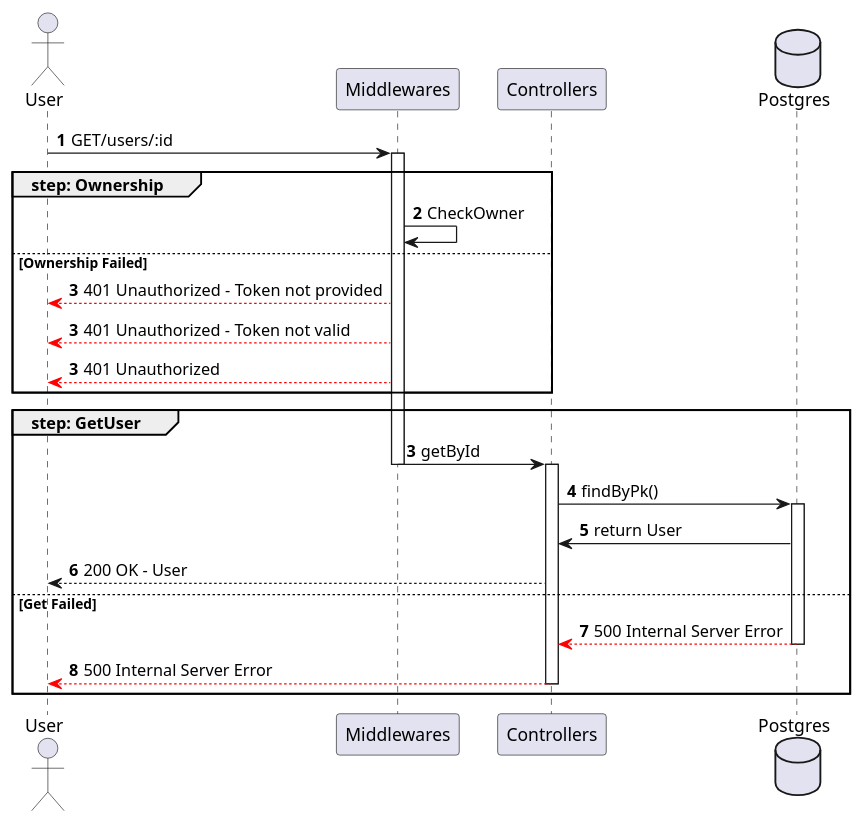
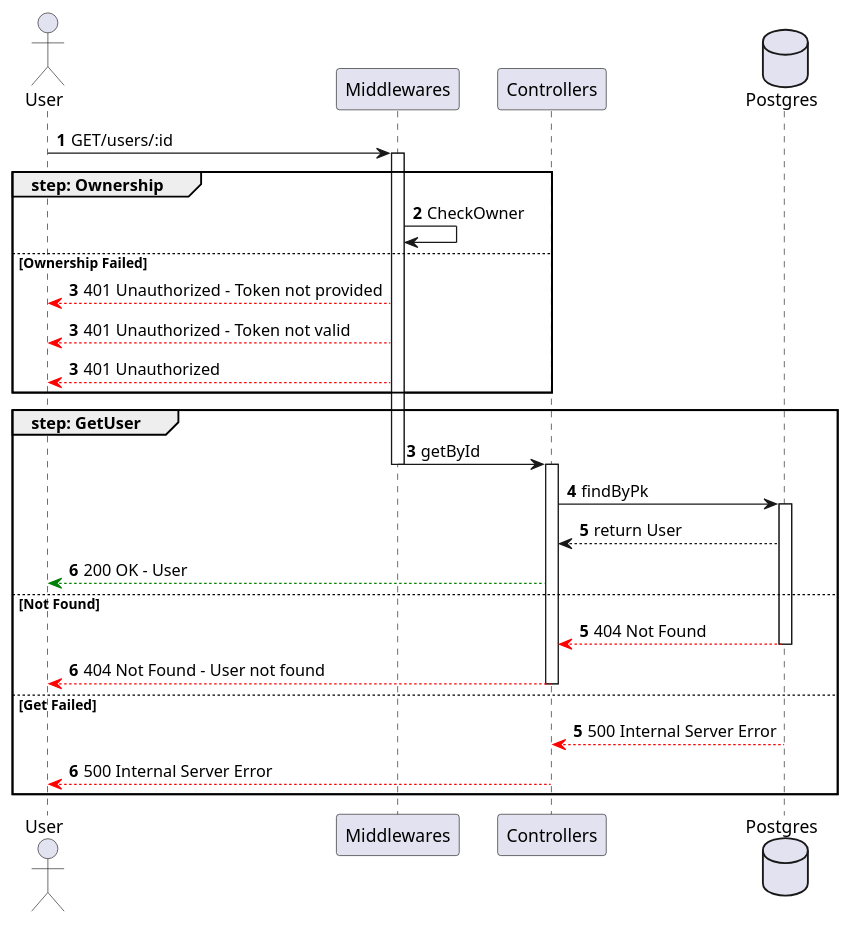
One commit to ShadowWalker1411/ProgrammazioneAvanzataREPO changed the diagram in sequence_diagrams/GetUser.puml. Above: the diagram before and after it, drawn with PlantUML. The commit also changed 10 other files, not shown here.

```diff
--- a/sequence_diagrams/GetUser.puml
+++ b/sequence_diagrams/GetUser.puml
@@ -1,31 +1,36 @@
 @startuml getUser
 
 actor User
 participant Middlewares
 participant Controllers
 database Postgres
 
 autonumber
 User -> Middlewares ++: GET/users/:id
 group step: Ownership
     Middlewares -> Middlewares : CheckOwner
 else Ownership Failed
     autonumber 3
     Middlewares --[#red]> User : 401 Unauthorized - Token not provided
     autonumber 3
     Middlewares --[#red]> User : 401 Unauthorized - Token not valid
     autonumber 3
     Middlewares --[#red]> User : 401 Unauthorized
 end
 group step: GetUser
     autonumber 3
     Middlewares -> Controllers --++: getById
-    Controllers -> Postgres ++: findByPk()
-    Postgres -> Controllers: return User
-    Controllers --> User : 200 OK - User
+    Controllers -> Postgres ++: findByPk
+    Postgres --> Controllers: return User
+    Controllers --[#green]> User : 200 OK - User
+else Not Found
+    autonumber 5
+    Postgres --[#red]> Controllers --: 404 Not Found
+    Controllers --[#red]> User --: 404 Not Found - User not found
 else Get Failed
+    autonumber 5
     Postgres --[#red]> Controllers --: 500 Internal Server Error
     Controllers --[#red]> User --: 500 Internal Server Error
 end
 
 @enduml
```
